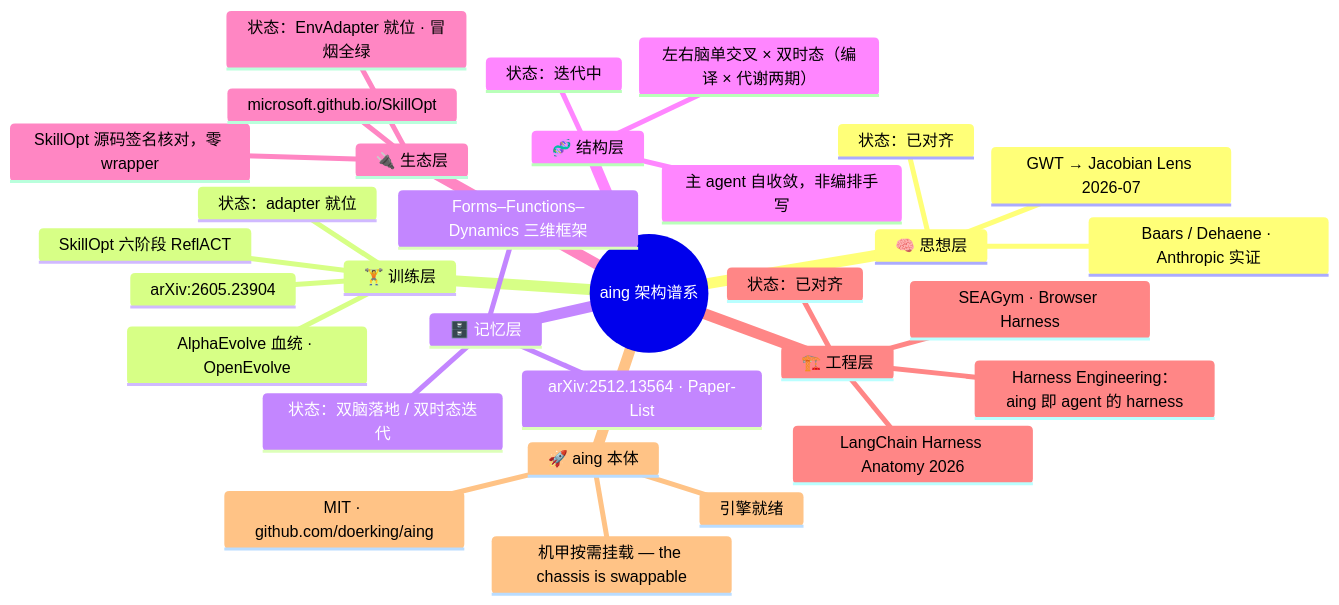
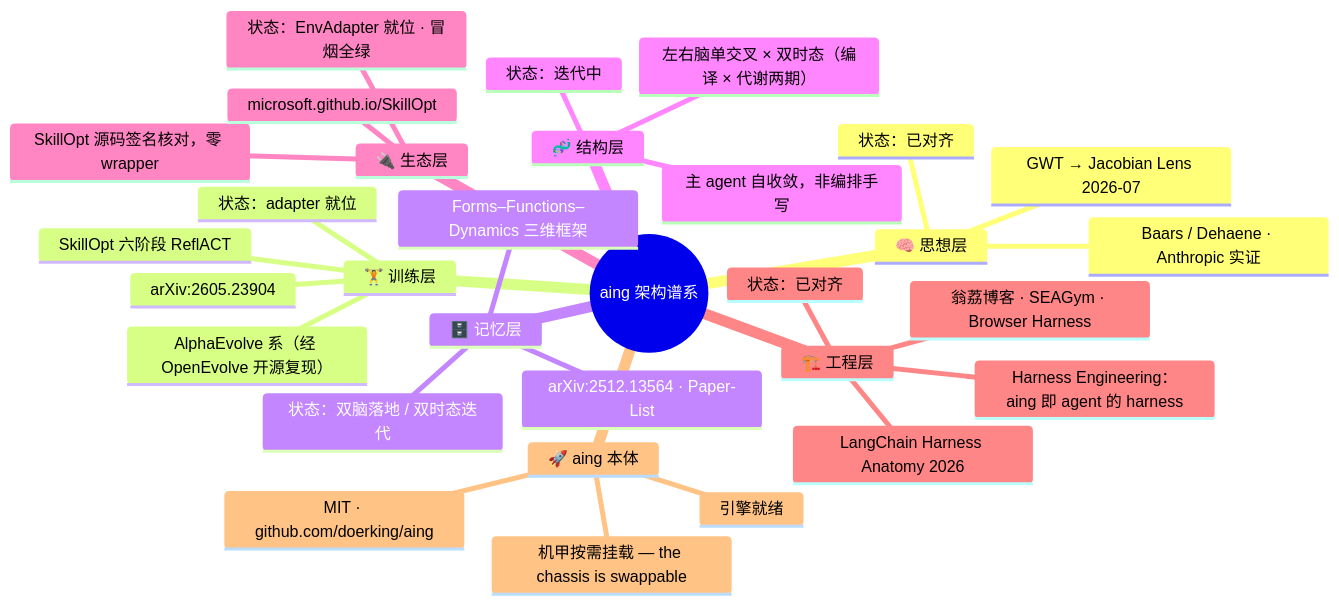
One commit to doerking/aing changed the diagram in README.md. Above: the diagram before and after it, drawn with Mermaid. The commit also changed other lines of this file, not shown here.

Commit message:
docs(readme): 归属修订 2026-11-07 — 翁荔博客/SEAGym 拆两条(误置作者+错日期) · 思想层 Baars/Dehaene 去错链 · SkillOpt 机构全称(Microsoft Research, 官方站/仓库佐证) · AlphaEvolve 系经 OpenEvolve 开源复现 · mindmap 与谱系表口径同步

````diff
--- a/README.md
+++ b/README.md
@@ -594,34 +594,34 @@
 ```mermaid
 mindmap
   root((aing 架构谱系))
     🧠 思想层
       GWT → Jacobian Lens 2026-07
       Baars / Dehaene · Anthropic 实证
       状态：已对齐
     🏋️ 训练层
       SkillOpt 六阶段 ReflACT
-      AlphaEvolve 血统 · OpenEvolve
+      AlphaEvolve 系（经 OpenEvolve 开源复现）
       arXiv:2605.23904
       状态：adapter 就位
     🗄️ 记忆层
       Forms–Functions–Dynamics 三维框架
       arXiv:2512.13564 · Paper-List
       状态：双脑落地 / 双时态迭代
     🧬 结构层
       左右脑单交叉 × 双时态（编译 × 代谢两期）
       主 agent 自收敛，非编排手写
       状态：迭代中
     🔌 生态层
       SkillOpt 源码签名核对，零 wrapper
       microsoft.github.io/SkillOpt
       状态：EnvAdapter 就位 · 冒烟全绿
     🏗️ 工程层
       Harness Engineering：aing 即 agent 的 harness
       LangChain Harness Anatomy 2026
-      SEAGym · Browser Harness
+      翁荔博客 · SEAGym · Browser Harness
       状态：已对齐
     🚀 aing 本体
       引擎就绪
       机甲按需挂载 — the chassis is swappable
       MIT · github.com/doerking/aing
 ```
````
